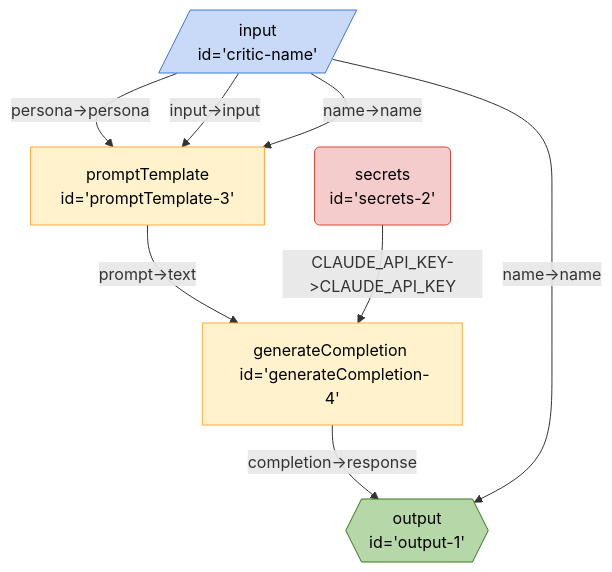
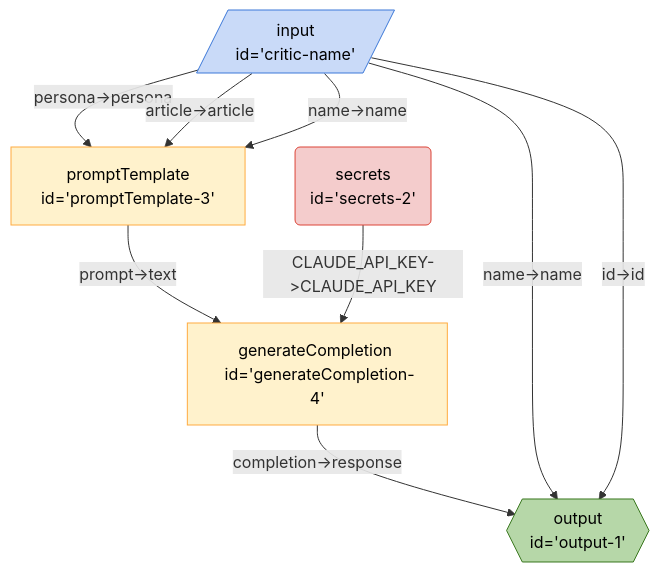
Before and after one commit to GoogleChromeLabs/breadboard-samples: the diagram in samples/TheCritic/docs/graphs/critic.md, drawn with Mermaid. The commit also changed 113 other files, not shown here.

````diff
--- a/samples/TheCritic/docs/graphs/critic.md
+++ b/samples/TheCritic/docs/graphs/critic.md
@@ -3,19 +3,20 @@
 ```mermaid
 %%{init: 'themeVariables': { 'fontFamily': 'Fira Code, monospace' }}%%
 graph TD;
 criticname[/"input <br> id='critic-name'"/]:::input -- "persona->persona" --> promptTemplate3["promptTemplate <br> id='promptTemplate-3'"]
-criticname[/"input <br> id='critic-name'"/]:::input -- "input->input" --> promptTemplate3["promptTemplate <br> id='promptTemplate-3'"]
+criticname[/"input <br> id='critic-name'"/]:::input -- "article->article" --> promptTemplate3["promptTemplate <br> id='promptTemplate-3'"]
 criticname[/"input <br> id='critic-name'"/]:::input -- "name->name" --> promptTemplate3["promptTemplate <br> id='promptTemplate-3'"]
 promptTemplate3["promptTemplate <br> id='promptTemplate-3'"] -- "prompt->text" --> generateCompletion4["generateCompletion <br> id='generateCompletion-4'"]
 secrets2("secrets <br> id='secrets-2'"):::secrets -- "CLAUDE_API_KEY->CLAUDE_API_KEY" --> generateCompletion4["generateCompletion <br> id='generateCompletion-4'"]
 generateCompletion4["generateCompletion <br> id='generateCompletion-4'"] -- "completion->response" --> output1{{"output <br> id='output-1'"}}:::output
 criticname[/"input <br> id='critic-name'"/]:::input -- "name->name" --> output1{{"output <br> id='output-1'"}}:::output
+criticname[/"input <br> id='critic-name'"/]:::input -- "id->id" --> output1{{"output <br> id='output-1'"}}:::output
 classDef default stroke:#ffab40,fill:#fff2ccff,color:#000
 classDef input stroke:#3c78d8,fill:#c9daf8ff,color:#000
 classDef output stroke:#38761d,fill:#b6d7a8ff,color:#000
 classDef passthrough stroke:#a64d79,fill:#ead1dcff,color:#000
 classDef slot stroke:#a64d79,fill:#ead1dcff,color:#000
 classDef config stroke:#a64d79,fill:#ead1dcff,color:#000
 classDef secrets stroke:#db4437,fill:#f4cccc,color:#000
 classDef slotted stroke:#a64d79
 ```
````
